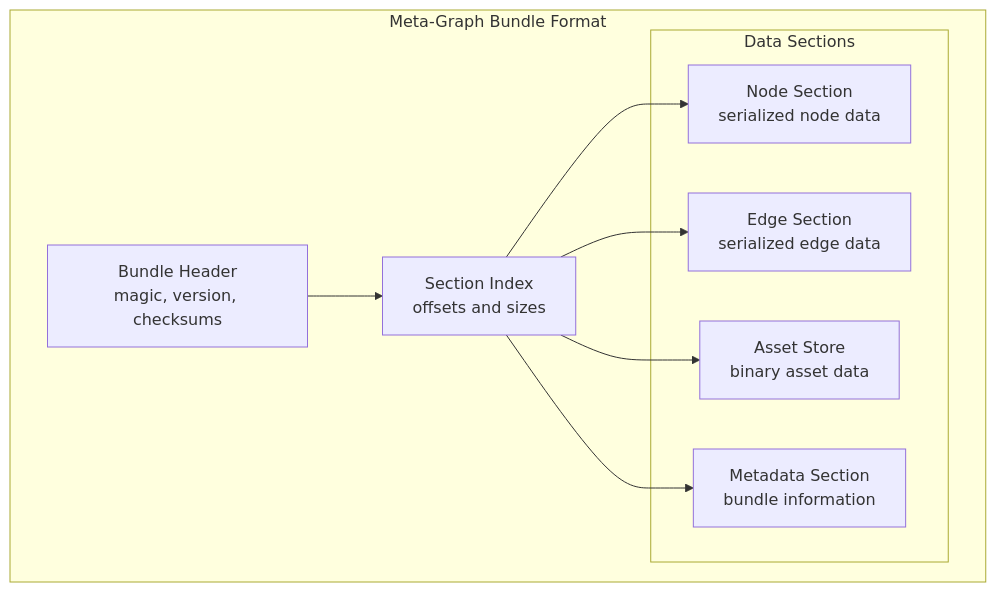
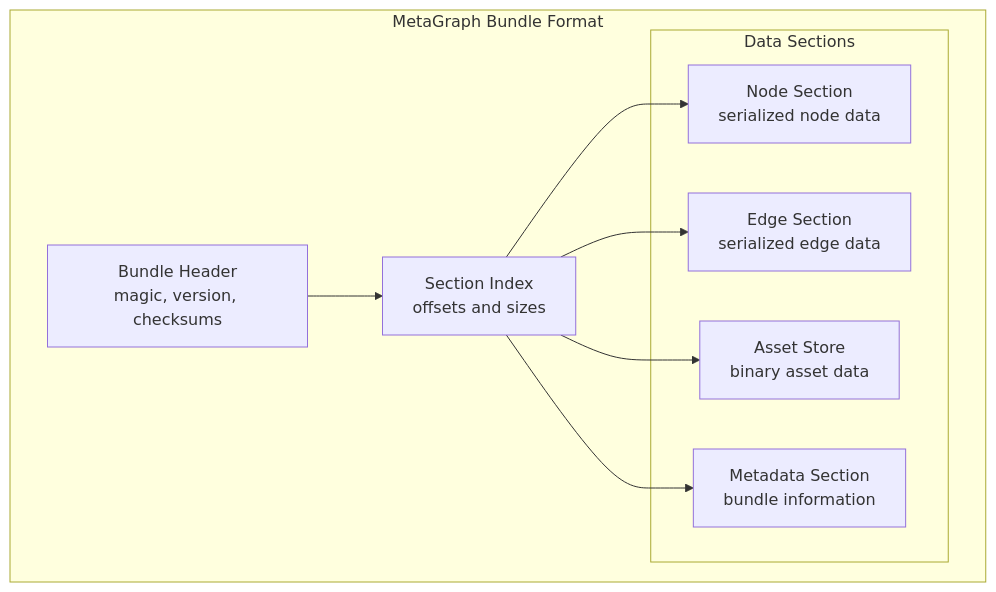
Before and after one commit to hyperdag/core: the first of 3 diagrams in docs/features/F002-binary-bundle-format.md, drawn with Mermaid. The commit also changed 51 other files, not shown here.

Commit message:
chore: rename 'Meta-Graph' to 'MetaGraph'

````diff
--- a/docs/features/F002-binary-bundle-format.md
+++ b/docs/features/F002-binary-bundle-format.md
@@ -203,20 +203,20 @@
 ```mermaid
 graph TD
-    subgraph "Meta-Graph Bundle Format"
+    subgraph "MetaGraph Bundle Format"
         HEADER[Bundle Header<br/>magic, version, checksums]
         SECTION_INDEX[Section Index<br/>offsets and sizes]
 
         subgraph "Data Sections"
             NODES[Node Section<br/>serialized node data]
             EDGES[Edge Section<br/>serialized edge data]
             STORE[Asset Store<br/>binary asset data]
             META[Metadata Section<br/>bundle information]
         end
 
         HEADER --> SECTION_INDEX
         SECTION_INDEX --> NODES
         SECTION_INDEX --> EDGES
         SECTION_INDEX --> STORE
         SECTION_INDEX --> META
     end
 ```
````
